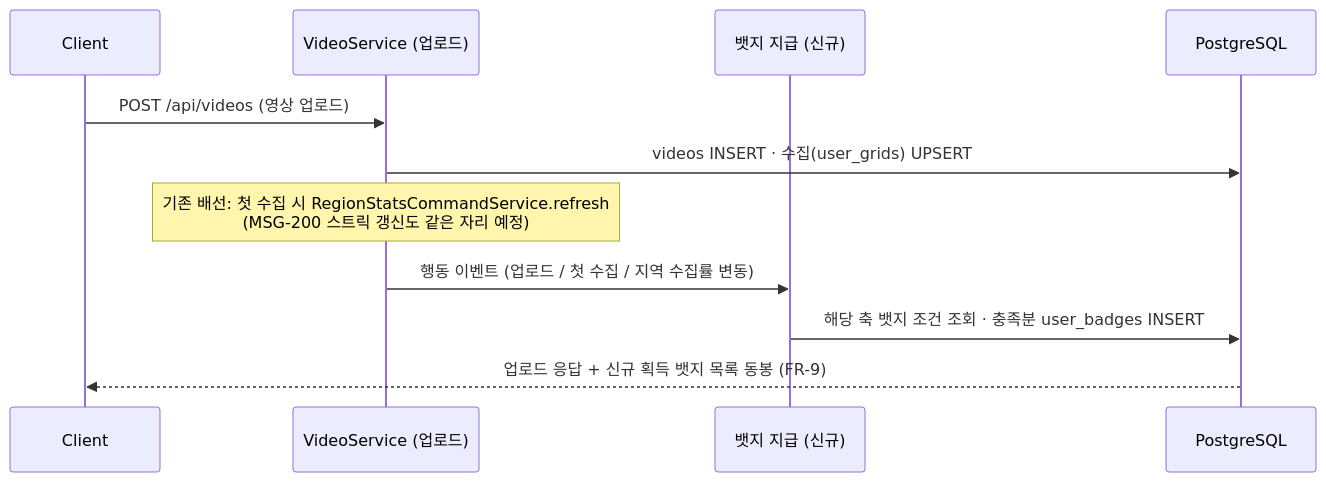
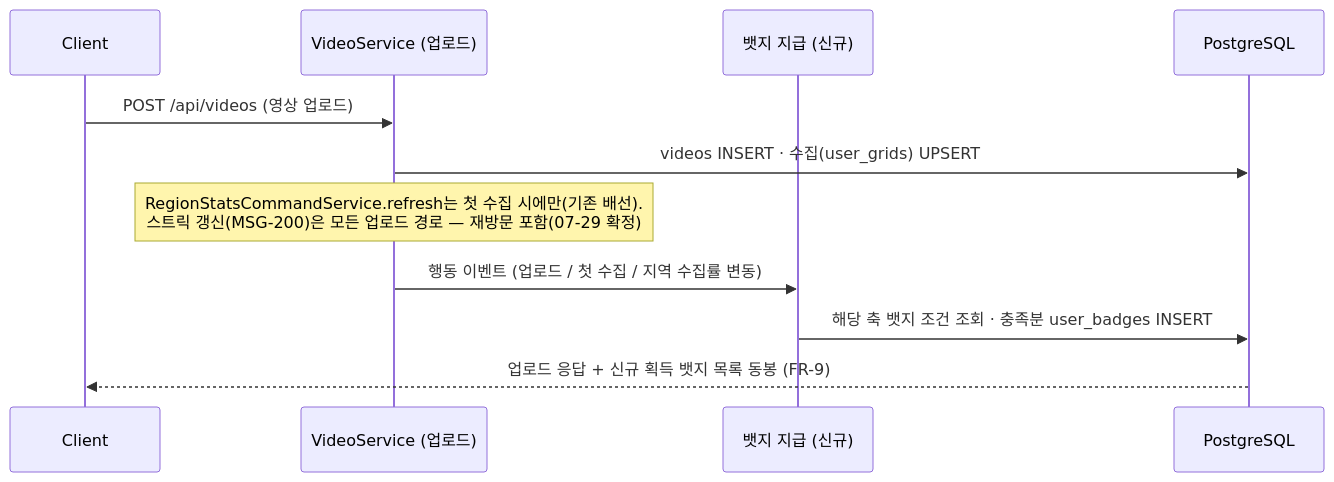
Before and after one commit to ASM-MSG/BE: the first of 2 diagrams in docs/prd/MSG-239-prd.md, drawn with Mermaid. The commit also changed other lines of this file, not shown here.

Commit message:
MSG-239 docs: PRD 보정 — 스트릭 훅은 모든 업로드 경로(첫 수집 한정 아님)·SPECIAL 소급 예외 명시

````diff
--- a/docs/prd/MSG-239-prd.md
+++ b/docs/prd/MSG-239-prd.md
@@ -74,14 +74,14 @@
 ```mermaid
 sequenceDiagram
     participant C as Client
     participant V as VideoService (업로드)
     participant B as 뱃지 지급 (신규)
     participant DB as PostgreSQL
 
     C->>V: POST /api/videos (영상 업로드)
     V->>DB: videos INSERT · 수집(user_grids) UPSERT
-    Note over V: 기존 배선: 첫 수집 시 RegionStatsCommandService.refresh<br/>(MSG-200 스트릭 갱신도 같은 자리 예정)
+    Note over V: RegionStatsCommandService.refresh는 첫 수집 시에만(기존 배선).<br/>스트릭 갱신(MSG-200)은 모든 업로드 경로 — 재방문 포함(07-29 확정)
     V->>B: 행동 이벤트 (업로드 / 첫 수집 / 지역 수집률 변동)
     B->>DB: 해당 축 뱃지 조건 조회 · 충족분 user_badges INSERT
     DB-->>C: 업로드 응답 + 신규 획득 뱃지 목록 동봉 (FR-9)
 ```
````
